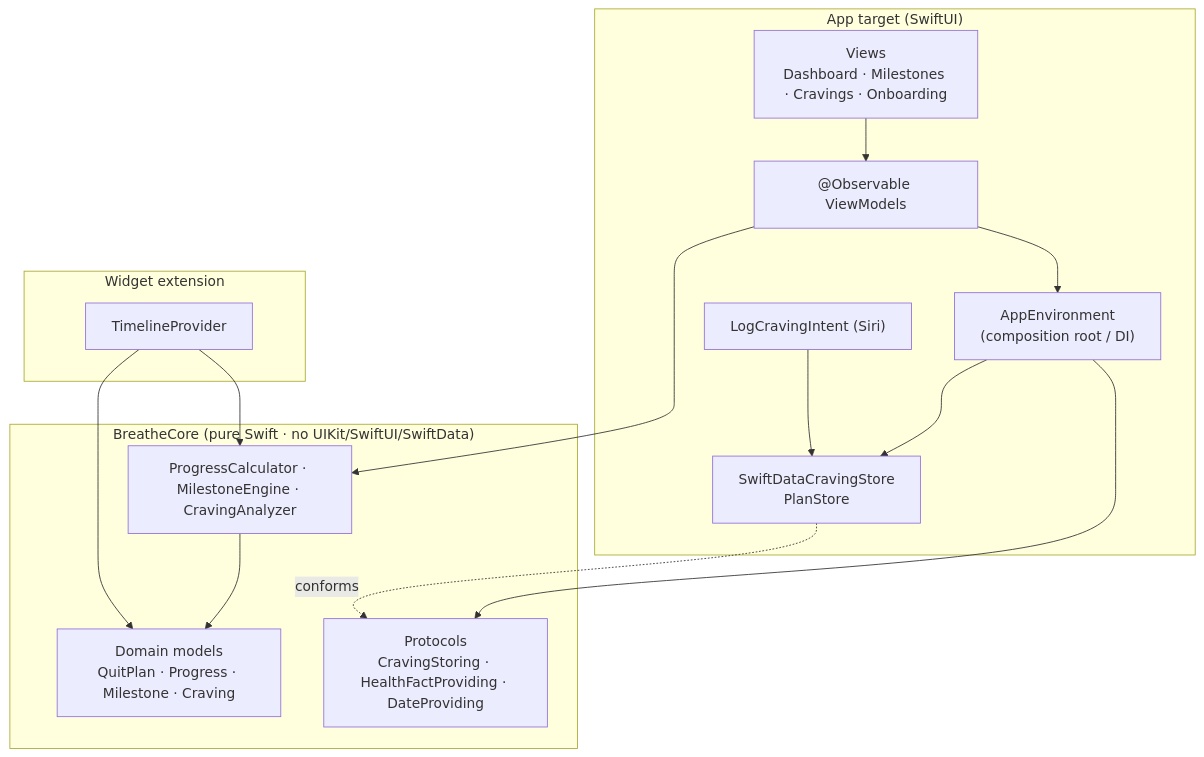
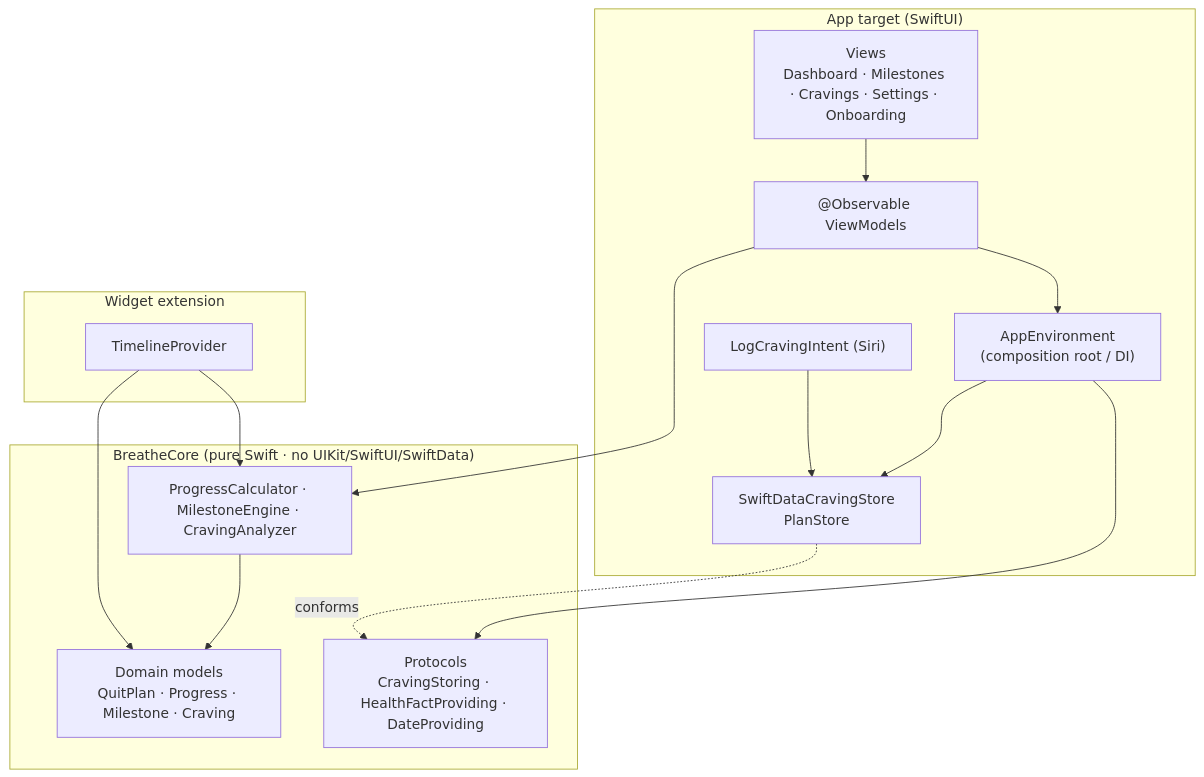
The diagram in README.md (alonaKostenkoiOS/Breathe), drawn with Mermaid before and after one commit. The commit also changed other lines of this file and 13 other files, not shown here.

````diff
--- a/README.md
+++ b/README.md
@@ -43,30 +46,30 @@
 ```mermaid
 flowchart TD
     subgraph App["App target (SwiftUI)"]
-        Views["Views<br/>Dashboard · Milestones · Cravings · Onboarding"]
+        Views["Views<br/>Dashboard · Milestones · Cravings · Settings · Onboarding"]
         VMs["@Observable ViewModels"]
         Env["AppEnvironment<br/>(composition root / DI)"]
         SD["SwiftDataCravingStore<br/>PlanStore"]
         Intent["LogCravingIntent (Siri)"]
     end
 
     subgraph Widget["Widget extension"]
         WP["TimelineProvider"]
     end
 
     subgraph Core["BreatheCore (pure Swift · no UIKit/SwiftUI/SwiftData)"]
         Models["Domain models<br/>QuitPlan · Progress · Milestone · Craving"]
         Calc["ProgressCalculator · MilestoneEngine · CravingAnalyzer"]
         Proto["Protocols<br/>CravingStoring · HealthFactProviding · DateProviding"]
     end
 
     Views --> VMs --> Env
     Env --> SD
     Env --> Proto
     SD -. conforms .-> Proto
     Calc --> Models
     VMs --> Calc
     Intent --> SD
     WP --> Calc
     WP --> Models
 ```
````
